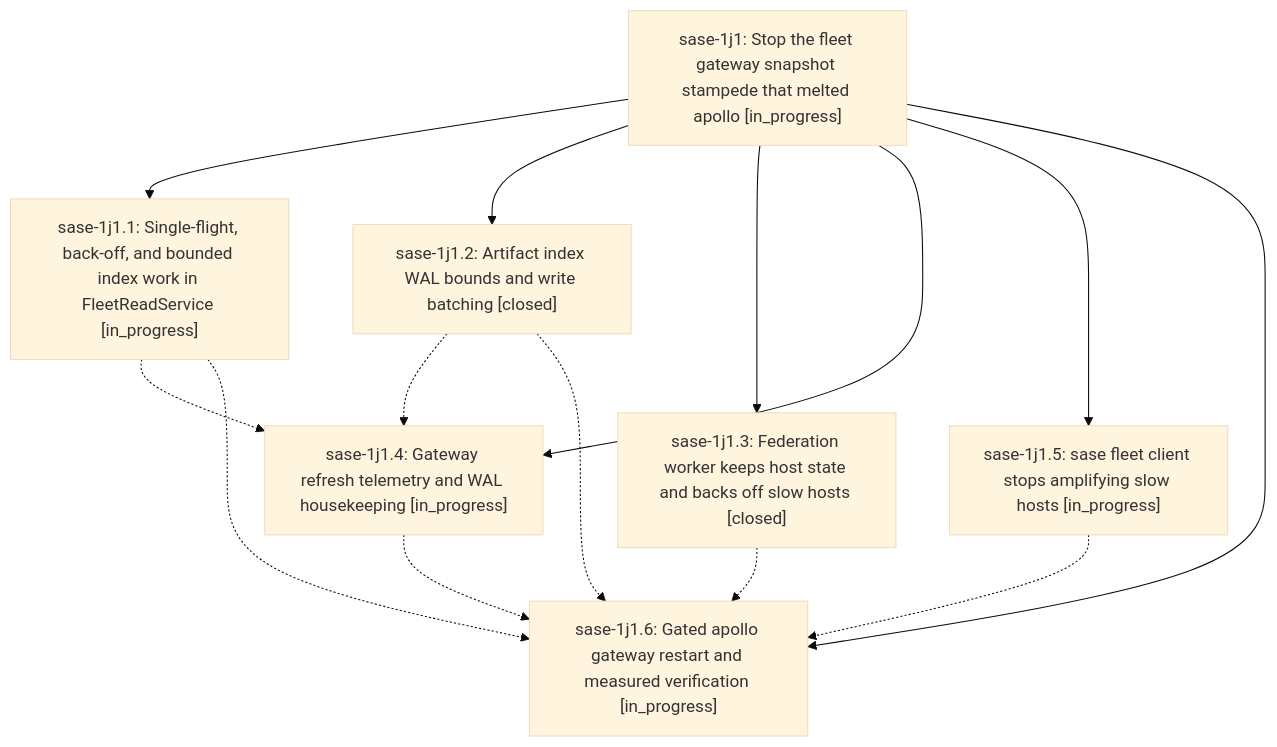
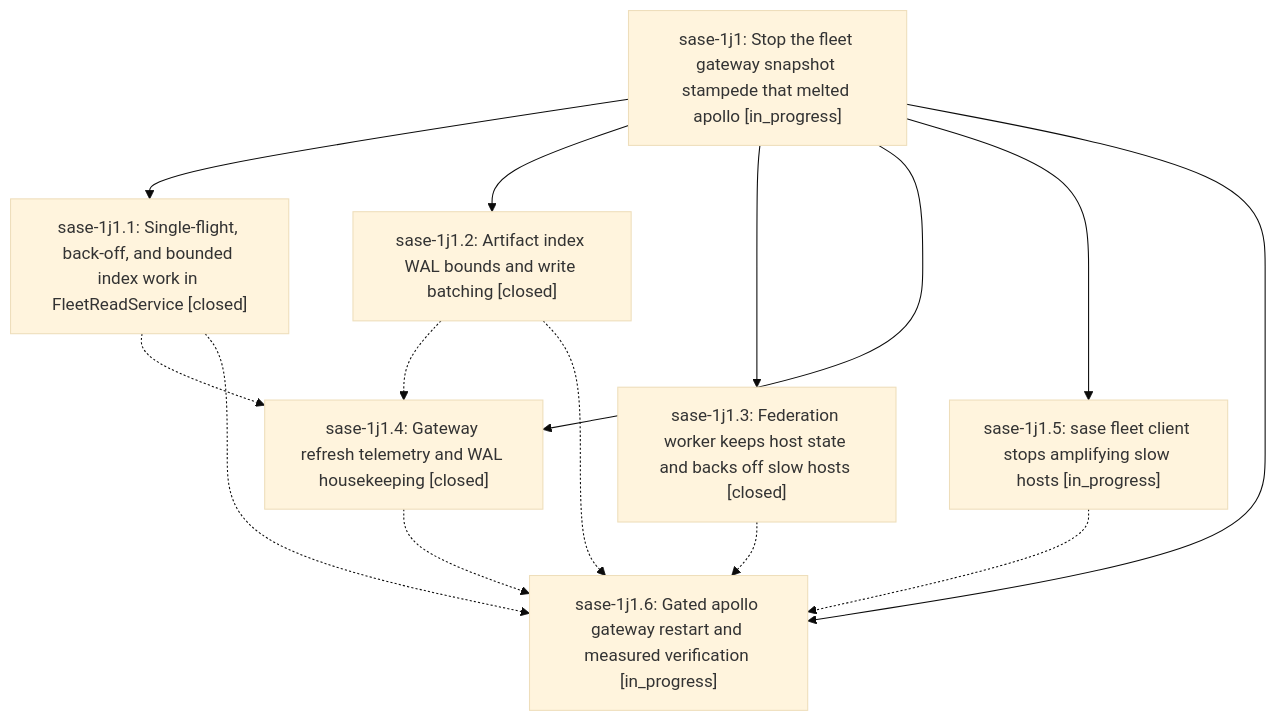
One commit to sase-org/sase--beads changed the diagram in pages/sase-1j1/README.md. Above: the diagram before and after it, drawn with Mermaid (base theme). The commit also changed other lines of this file and 4 other files, not shown here.

````diff
--- a/pages/sase-1j1/README.md
+++ b/pages/sase-1j1/README.md
@@ -41,23 +41,23 @@
 ```mermaid
 flowchart TD
     n0["sase-1j1: Stop the fleet gateway snapshot stampede that melted apollo [in_progress]"]
-    n1["sase-1j1.1: Single-flight, back-off, and bounded index work in FleetReadService [in_progress]"]
+    n1["sase-1j1.1: Single-flight, back-off, and bounded index work in FleetReadService [closed]"]
     n2["sase-1j1.2: Artifact index WAL bounds and write batching [closed]"]
     n3["sase-1j1.3: Federation worker keeps host state and backs off slow hosts [closed]"]
-    n4["sase-1j1.4: Gateway refresh telemetry and WAL housekeeping [in_progress]"]
+    n4["sase-1j1.4: Gateway refresh telemetry and WAL housekeeping [closed]"]
     n5["sase-1j1.5: sase fleet client stops amplifying slow hosts [in_progress]"]
     n6["sase-1j1.6: Gated apollo gateway restart and measured verification [in_progress]"]
     n0 --> n1
     n0 --> n2
     n0 --> n3
     n0 --> n4
     n0 --> n5
     n0 --> n6
     n1 -.-> n4
     n1 -.-> n6
     n2 -.-> n4
     n2 -.-> n6
     n3 -.-> n6
     n4 -.-> n6
     n5 -.-> n6
 ```
````
